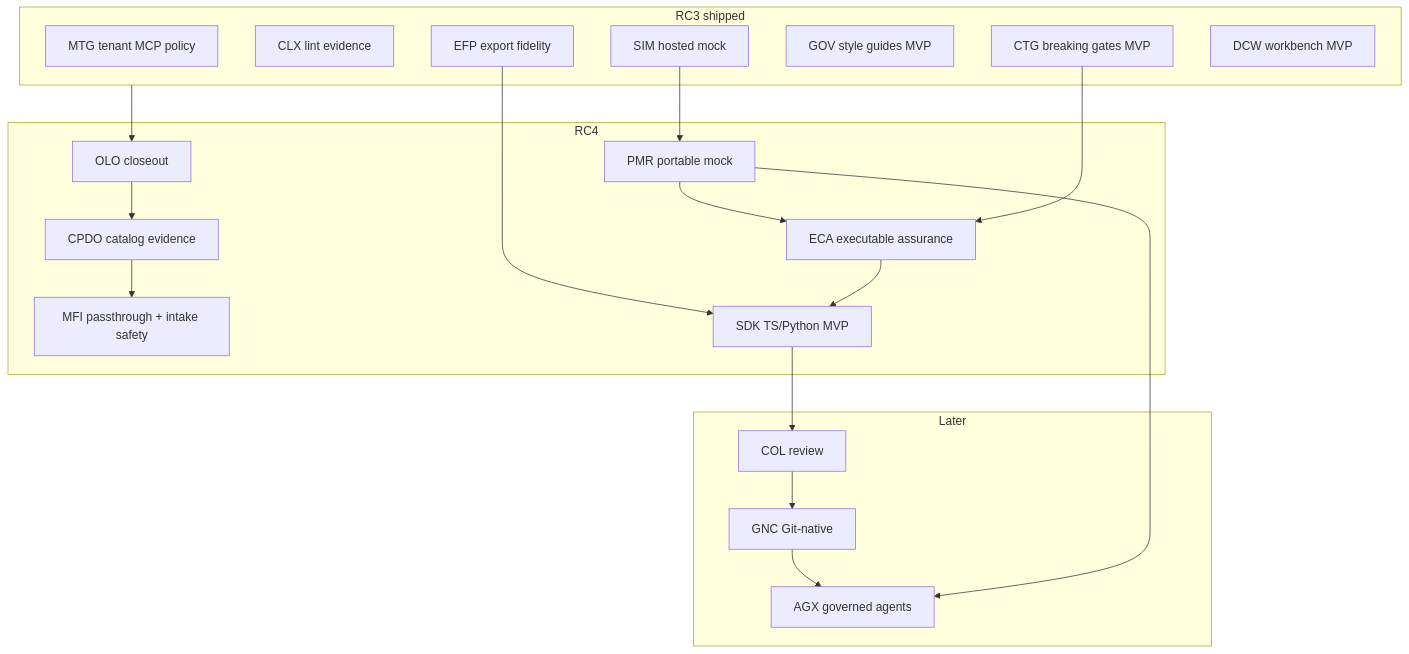
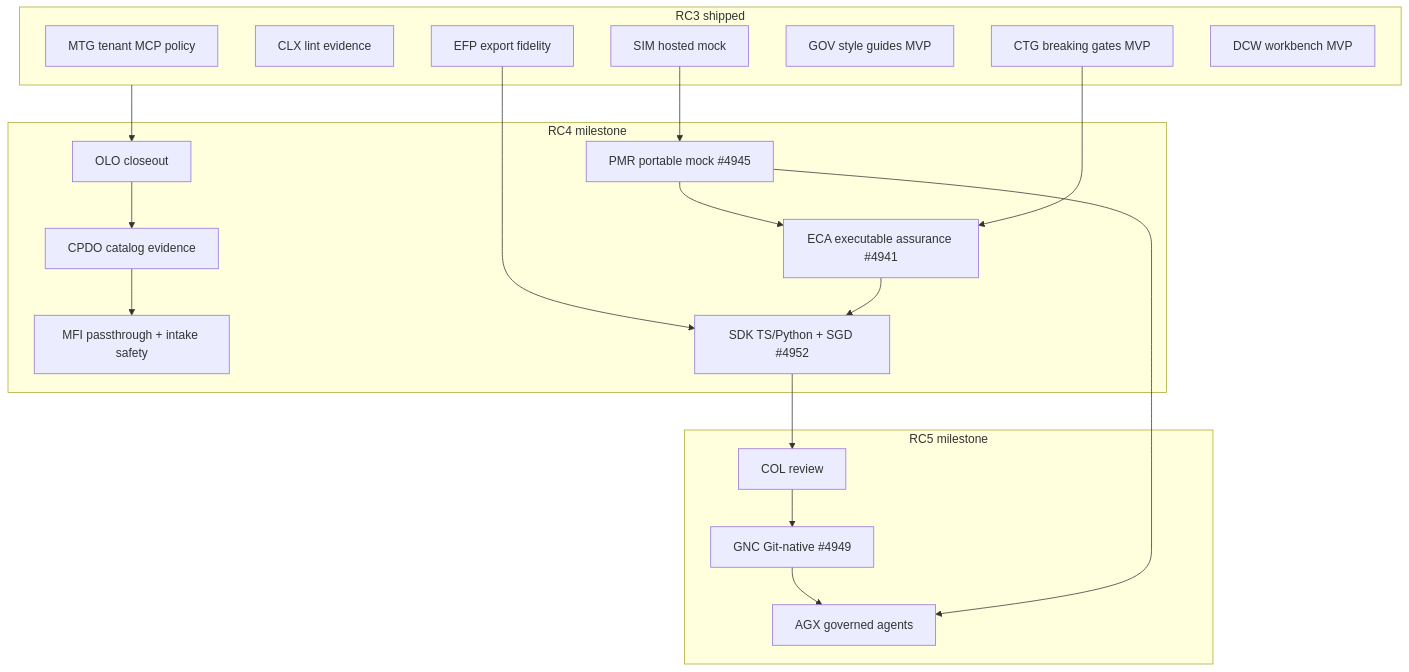
The diagram in docs/PLAN_NEXT_FEATURES.md (apiome/apiome), drawn with Mermaid before and after one commit. The commit also changed other lines of this file, not shown here.

````diff
--- a/docs/PLAN_NEXT_FEATURES.md
+++ b/docs/PLAN_NEXT_FEATURES.md
@@ -48,35 +80,35 @@
 ```mermaid
 flowchart TB
   subgraph rc3 [RC3 shipped]
     MTG[MTG tenant MCP policy]
     CLX[CLX lint evidence]
     EFP[EFP export fidelity]
     SIM[SIM hosted mock]
     GOV[GOV style guides MVP]
     CTG[CTG breaking gates MVP]
     DCW[DCW workbench MVP]
   end
 
-  subgraph rc4 [RC4]
+  subgraph rc4 [RC4 milestone]
     OLO[OLO closeout]
     CPDO[CPDO catalog evidence]
     MFI[MFI passthrough + intake safety]
-    PMR[PMR portable mock]
-    ECA[ECA executable assurance]
-    SDK[SDK TS/Python MVP]
+    PMR[PMR portable mock #4945]
+    ECA[ECA executable assurance #4941]
+    SDK[SDK TS/Python + SGD #4952]
   end
 
-  subgraph later [Later]
+  subgraph rc5 [RC5 milestone]
     COL[COL review]
-    GNC[GNC Git-native]
+    GNC[GNC Git-native #4949]
     AGX[AGX governed agents]
   end
 
   rc3 --> OLO --> CPDO --> MFI
   SIM --> PMR --> ECA
   CTG --> ECA
   EFP --> SDK
   ECA --> SDK
   SDK --> COL --> GNC --> AGX
   PMR --> AGX
 ```
````
